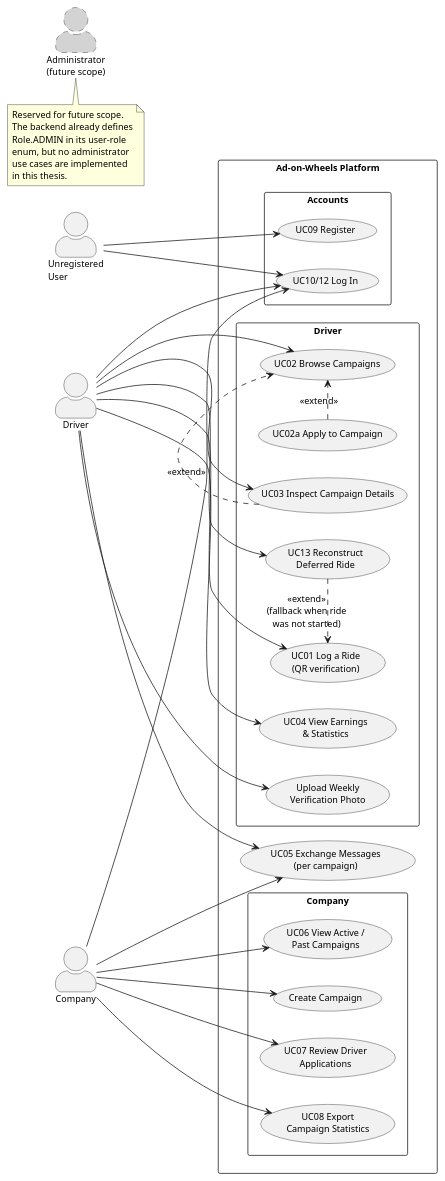
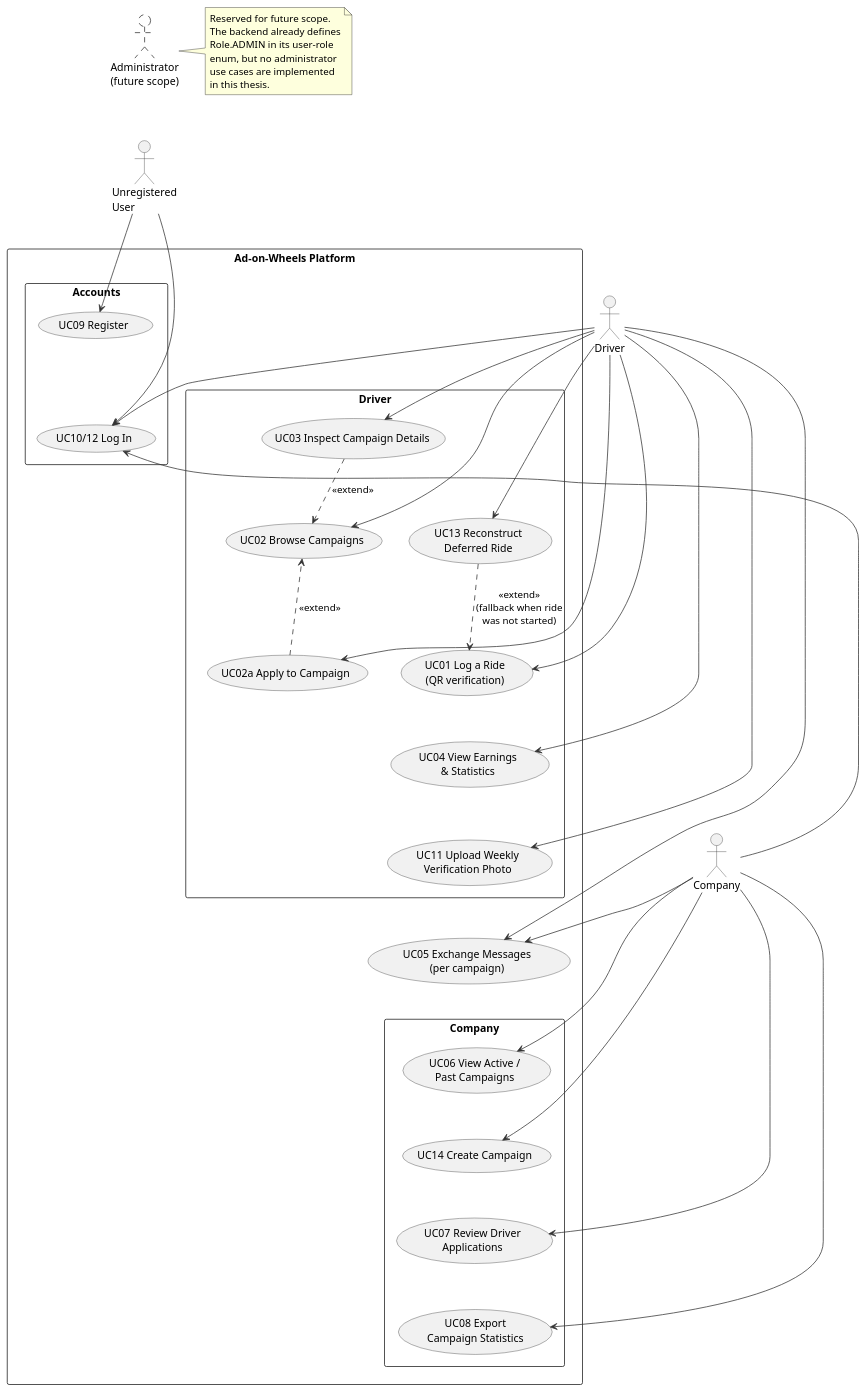
One commit to TheXik/Ad-on-Wheels changed the diagram in DOCS/diagrams/use-case-diagram.puml. Above: the diagram before and after it, drawn with PlantUML. The commit also changed 31 other files, not shown here.

```diff
--- a/DOCS/diagrams/use-case-diagram.puml
+++ b/DOCS/diagrams/use-case-diagram.puml
@@ -1,74 +1,93 @@
 @startuml use-case-diagram
-left to right direction
+top to bottom direction
 skinparam packageStyle rectangle
 skinparam shadowing false
-skinparam defaultFontName "Latin Modern Roman"
-skinparam defaultFontSize 12
-skinparam actorStyle awesome
+skinparam defaultFontName "Helvetica"
+skinparam ArrowColor #333333
+skinparam UsecaseBorderColor #333333
+skinparam ActorBorderColor #333333
 
-' ACTORS
-actor "Unregistered\nUser" as UU
-actor Driver as D
-actor Company as C
-actor "Administrator\n(future scope)" as A #lightgray;line:gray;line.dashed
+actor "Administrator\n(future scope)" as Admin #white;line.dashed
+actor "Unregistered\nUser" as Guest
+actor "Driver"  as DriverActor
+actor "Company" as CompanyActor
 
-rectangle "Ad-on-Wheels Platform" {
-
-    package "Accounts" {
-        usecase "UC09 Register" as UC09
-        usecase "UC10/12 Log In" as UC10
-    }
-
-    package "Driver" {
-        usecase "UC02 Browse Campaigns" as UC02
-        usecase "UC02a Apply to Campaign" as UC02a
-        usecase "UC03 Inspect Campaign Details" as UC03
-        usecase "UC01 Log a Ride\n(QR verification)" as UC01
-        usecase "UC13 Reconstruct\nDeferred Ride" as UC13
-        usecase "UC04 View Earnings\n& Statistics" as UC04
-        usecase "Upload Weekly\nVerification Photo" as UC_Photo
-    }
-
-    package "Company" {
-        usecase "UC06 View Active /\nPast Campaigns" as UC06
-        usecase "Create Campaign" as UC_Create
-        usecase "UC07 Review Driver\nApplications" as UC07
-        usecase "UC08 Export\nCampaign Statistics" as UC08
-    }
-
-    usecase "UC05 Exchange Messages\n(per campaign)" as UC05
-}
-
-UU --> UC09
-UU --> UC10
-
-D --> UC10
-D --> UC02
-D --> UC03
-D --> UC01
-D --> UC13
-D --> UC04
-D --> UC_Photo
-D --> UC05
-
-C --> UC10
-C --> UC06
-C --> UC_Create
-C --> UC07
-C --> UC08
-C --> UC05
-
-UC02a .> UC02 : <<extend>>
-UC03 .> UC02 : <<extend>>
-UC13 .> UC01 : <<extend>>\n(fallback when ride\nwas not started)
-
-note bottom of A
+note right of Admin
   Reserved for future scope.
   The backend already defines
   Role.ADMIN in its user-role
   enum, but no administrator
   use cases are implemented
   in this thesis.
 end note
 
+rectangle "Ad-on-Wheels Platform" {
+
+  package "Accounts" {
+    usecase "UC09 Register"  as UC09
+    usecase "UC10/12 Log In" as UC10
+  }
+
+  package "Driver" {
+    usecase "UC02 Browse Campaigns"                  as UC02
+    usecase "UC02a Apply to Campaign"                as UC02a
+    usecase "UC03 Inspect Campaign Details"          as UC03
+    usecase "UC13 Reconstruct\nDeferred Ride"        as UC13
+    usecase "UC01 Log a Ride\n(QR verification)"     as UC01
+    usecase "UC04 View Earnings\n& Statistics"       as UC04
+    usecase "UC11 Upload Weekly\nVerification Photo" as UC11
+  }
+
+  usecase "UC05 Exchange Messages\n(per campaign)" as UC05
+
+  package "Company" {
+    usecase "UC06 View Active /\nPast Campaigns" as UC06
+    usecase "UC14 Create Campaign"               as UC14
+    usecase "UC07 Review Driver\nApplications"   as UC07
+    usecase "UC08 Export\nCampaign Statistics"   as UC08
+  }
+}
+
+Guest   --> UC09
+Guest   --> UC10
+
+DriverActor --> UC10
+DriverActor --> UC02
+DriverActor --> UC02a
+DriverActor --> UC03
+DriverActor --> UC13
+DriverActor --> UC01
+DriverActor --> UC04
+DriverActor --> UC11
+DriverActor --> UC05
+
+CompanyActor --> UC10
+CompanyActor --> UC06
+CompanyActor --> UC14
+CompanyActor --> UC07
+CompanyActor --> UC08
+CompanyActor --> UC05
+
+UC02a ..> UC02 : <<extend>>
+UC03  ..> UC02 : <<extend>>
+UC13  ..> UC01 : <<extend>>\n(fallback when ride\nwas not started)
+
+Admin -[hidden]down-> Guest
+UC03  -[hidden]right- DriverActor
+UC07  -[hidden]right- CompanyActor
+
+UC09  -[hidden]down-> UC10
+UC10  -[hidden]down-> UC02
+UC02  -[hidden]down-> UC02a
+UC02a -[hidden]down-> UC03
+UC03  -[hidden]down-> UC13
+UC13  -[hidden]down-> UC01
+UC01  -[hidden]down-> UC04
+UC04  -[hidden]down-> UC11
+UC11  -[hidden]down-> UC05
+UC05  -[hidden]down-> UC06
+UC06  -[hidden]down-> UC14
+UC14  -[hidden]down-> UC07
+UC07  -[hidden]down-> UC08
+
 @enduml
```
